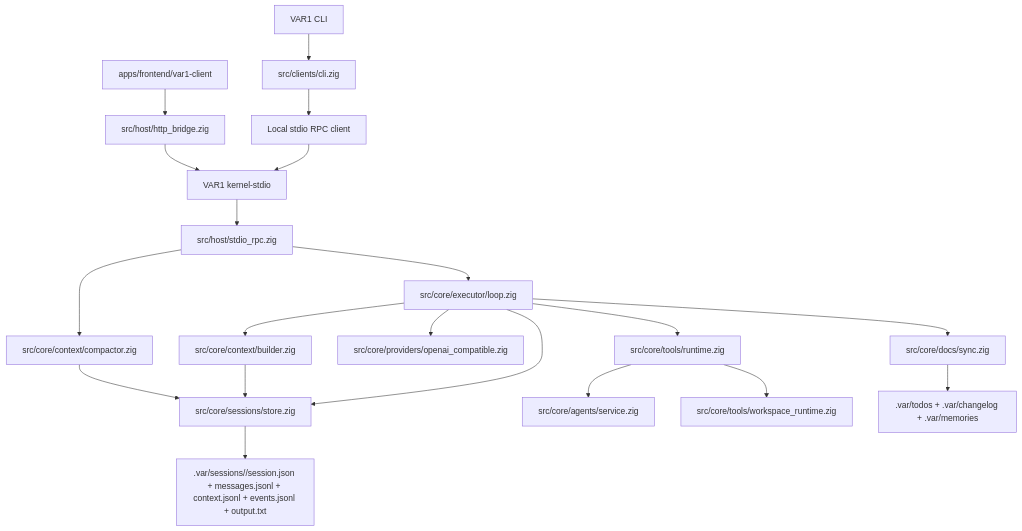
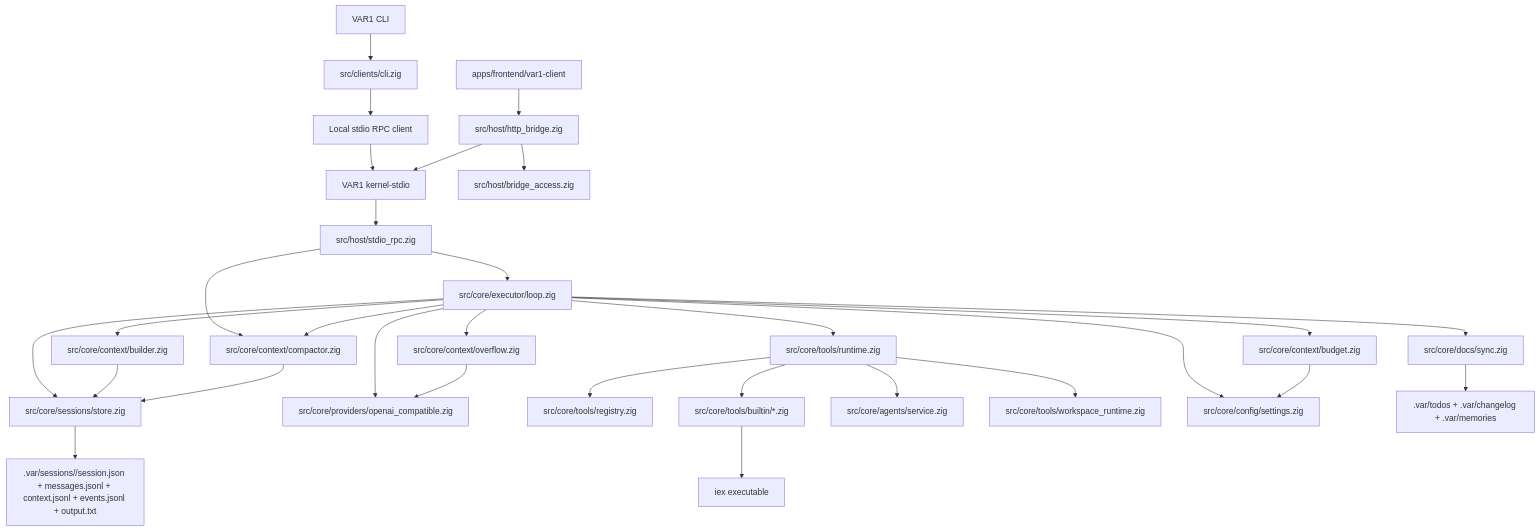
One commit to savageops/VANTARI-ONE changed the first of 7 diagrams in apps/backend/variant-1/architecture.md. Above: the diagram before and after it, drawn with Mermaid. The commit also changed other lines of this file and 31 other files, not shown here.

First line of the commit message:
feat(var1): harden context tools and bridge

````diff
--- a/apps/backend/variant-1/architecture.md
+++ b/apps/backend/variant-1/architecture.md
@@ -17,25 +17,35 @@
 ```mermaid
 flowchart TB
   cli["VAR1 CLI"] --> client["src/clients/cli.zig"]
   browser["apps/frontend/var1-client"] --> bridge["src/host/http_bridge.zig"]
 
   client --> rpcClient["Local stdio RPC client"]
   rpcClient --> kernel["VAR1 kernel-stdio"]
+  bridge --> bridgeAccess["src/host/bridge_access.zig"]
   bridge --> kernel
 
   kernel --> host["src/host/stdio_rpc.zig"]
   host --> executor["src/core/executor/loop.zig"]
   host --> compactor["src/core/context/compactor.zig"]
   executor --> context["src/core/context/builder.zig"]
+  executor --> budget["src/core/context/budget.zig"]
+  executor --> overflow["src/core/context/overflow.zig"]
+  executor --> compactor
   executor --> store["src/core/sessions/store.zig"]
   executor --> provider["src/core/providers/openai_compatible.zig"]
   executor --> tools["src/core/tools/runtime.zig"]
+  tools --> toolRegistry["src/core/tools/registry.zig"]
+  tools --> toolModules["src/core/tools/builtin/*.zig"]
   tools --> agents["src/core/agents/service.zig"]
   tools --> workspaceState["src/core/tools/workspace_runtime.zig"]
+  toolModules --> iex["iex executable"]
   executor --> docs["src/core/docs/sync.zig"]
+  executor --> config["src/core/config/settings.zig"]
 
   context --> store
+  budget --> config
+  overflow --> provider
   compactor --> store
   store --> sessionRoot[".var/sessions/<id>/session.json + messages.jsonl + context.jsonl + events.jsonl + output.txt"]
   docs --> processRoot[".var/todos + .var/changelog + .var/memories"]
 ```
````
